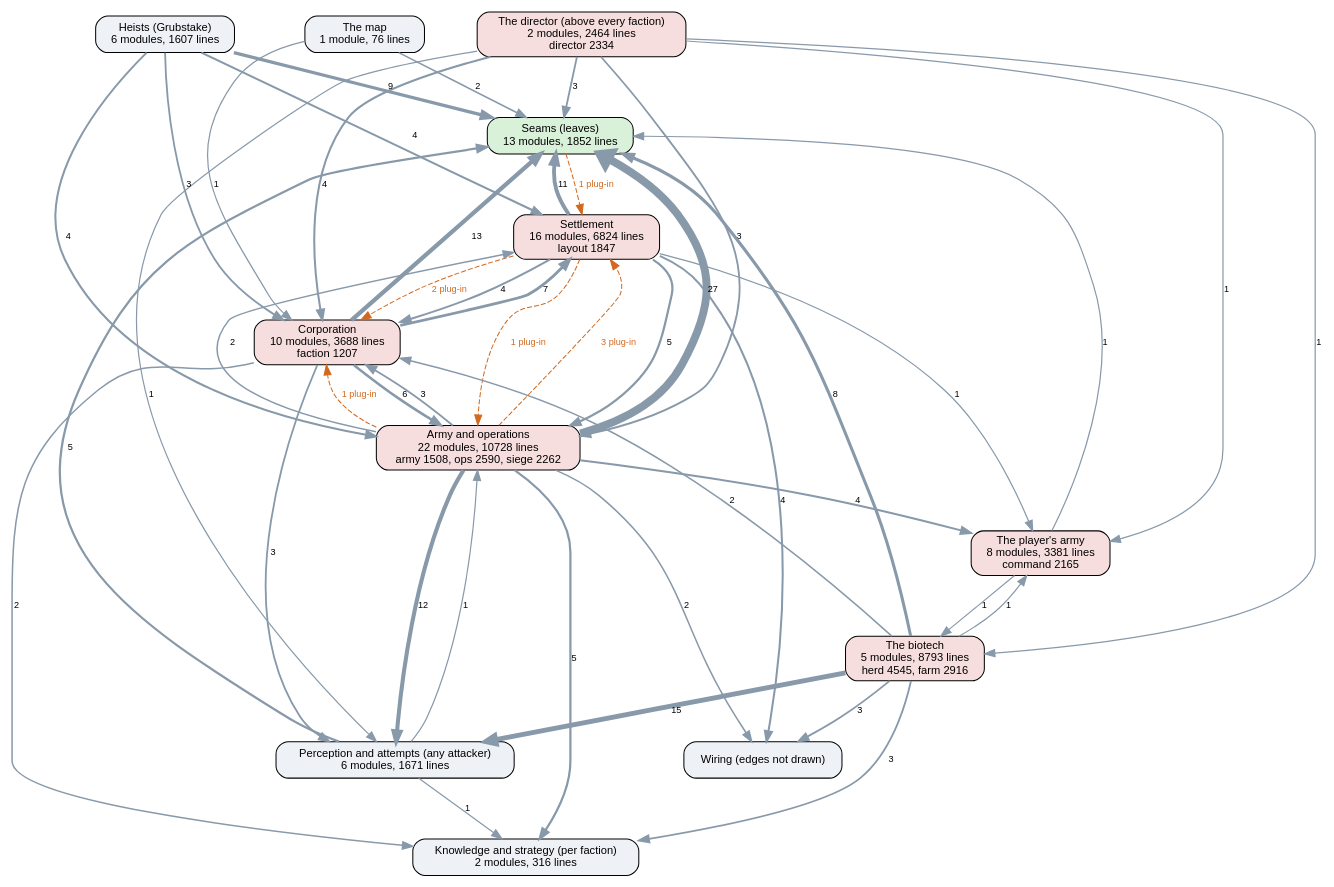
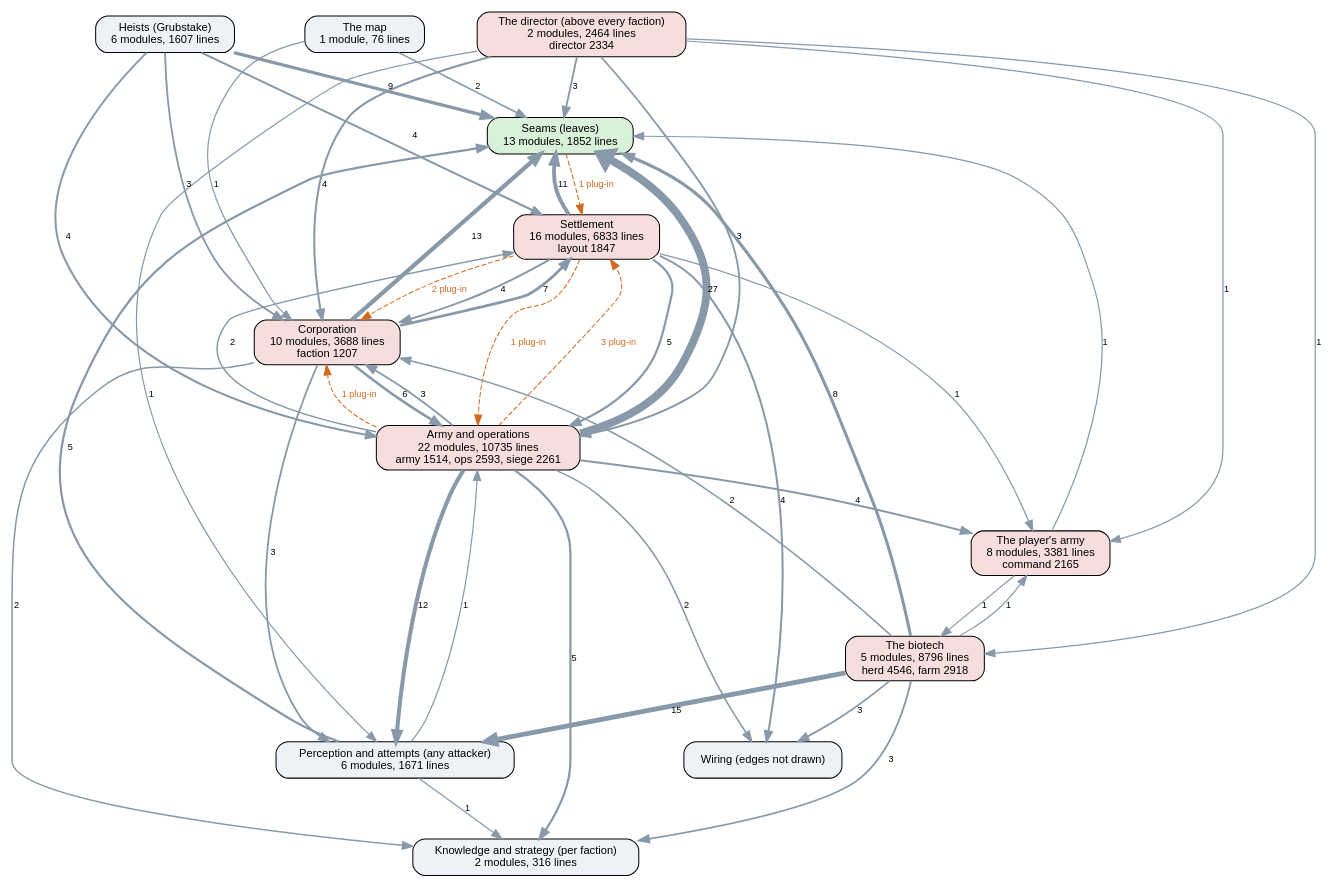
The diagram in docs/ai-layers.dot (kinelhu/landing-party), drawn with Graphviz before and after one commit. The commit also changed 21 other files, not shown here.

```diff
--- a/docs/ai-layers.dot
+++ b/docs/ai-layers.dot
@@ -1,61 +1,61 @@
 digraph layers {
   graph [rankdir=TB, fontname="Helvetica", nodesep=0.5, ranksep=0.7];
   node [shape=box, style="rounded,filled", fontname="Helvetica", fontsize=11, fillcolor="#eef2f7"];
   edge [color="#8899aa", fontname="Helvetica", fontsize=9];
   "Seams (leaves)" [label="Seams (leaves)\n13 modules, 1852 lines", fillcolor="#d9f0d9"];
   "Perception and attempts (any attacker)" [label="Perception and attempts (any attacker)\n6 modules, 1671 lines", fillcolor="#eef2f7"];
   "Knowledge and strategy (per faction)" [label="Knowledge and strategy (per faction)\n2 modules, 316 lines", fillcolor="#eef2f7"];
   "The director (above every faction)" [label="The director (above every faction)\n2 modules, 2464 lines\ndirector 2334", fillcolor="#f7dede"];
   "Corporation" [label="Corporation\n10 modules, 3688 lines\nfaction 1207", fillcolor="#f7dede"];
-  "Settlement" [label="Settlement\n16 modules, 6824 lines\nlayout 1847", fillcolor="#f7dede"];
-  "Army and operations" [label="Army and operations\n22 modules, 10728 lines\narmy 1508, ops 2590, siege 2262", fillcolor="#f7dede"];
+  "Settlement" [label="Settlement\n16 modules, 6833 lines\nlayout 1847", fillcolor="#f7dede"];
+  "Army and operations" [label="Army and operations\n22 modules, 10735 lines\narmy 1514, ops 2593, siege 2261", fillcolor="#f7dede"];
   "Heists (Grubstake)" [label="Heists (Grubstake)\n6 modules, 1607 lines", fillcolor="#eef2f7"];
-  "The biotech" [label="The biotech\n5 modules, 8793 lines\nherd 4545, farm 2916", fillcolor="#f7dede"];
+  "The biotech" [label="The biotech\n5 modules, 8796 lines\nherd 4546, farm 2918", fillcolor="#f7dede"];
   "The map" [label="The map\n1 module, 76 lines", fillcolor="#eef2f7"];
   "The player's army" [label="The player's army\n8 modules, 3381 lines\ncommand 2165", fillcolor="#f7dede"];
   "Army and operations" -> "Corporation" [label="3", penwidth=1.8];
   "Army and operations" -> "Knowledge and strategy (per faction)" [label="5", penwidth=2.2];
   "Army and operations" -> "Perception and attempts (any attacker)" [label="12", penwidth=4.0];
   "Army and operations" -> "Seams (leaves)" [label="27", penwidth=7.8];
   "Army and operations" -> "Settlement" [label="2", penwidth=1.5];
   "Army and operations" -> "The player's army" [label="4", penwidth=2.0];
   "Army and operations" -> "Wiring (edges not drawn)" [label="2", penwidth=1.5];
   "Corporation" -> "Army and operations" [label="6", penwidth=2.5];
   "Corporation" -> "Knowledge and strategy (per faction)" [label="2", penwidth=1.5];
   "Corporation" -> "Perception and attempts (any attacker)" [label="3", penwidth=1.8];
   "Corporation" -> "Seams (leaves)" [label="13", penwidth=4.2];
   "Corporation" -> "Settlement" [label="7", penwidth=2.8];
   "Heists (Grubstake)" -> "Army and operations" [label="4", penwidth=2.0];
   "Heists (Grubstake)" -> "Corporation" [label="3", penwidth=1.8];
   "Heists (Grubstake)" -> "Seams (leaves)" [label="9", penwidth=3.2];
   "Heists (Grubstake)" -> "Settlement" [label="4", penwidth=2.0];
   "Perception and attempts (any attacker)" -> "Army and operations" [label="1", penwidth=1.2];
   "Perception and attempts (any attacker)" -> "Knowledge and strategy (per faction)" [label="1", penwidth=1.2];
   "Perception and attempts (any attacker)" -> "Seams (leaves)" [label="5", penwidth=2.2];
   "Settlement" -> "Army and operations" [label="5", penwidth=2.2];
   "Settlement" -> "Corporation" [label="4", penwidth=2.0];
   "Settlement" -> "Seams (leaves)" [label="11", penwidth=3.8];
   "Settlement" -> "The player's army" [label="1", penwidth=1.2];
   "Settlement" -> "Wiring (edges not drawn)" [label="4", penwidth=2.0];
   "The biotech" -> "Corporation" [label="2", penwidth=1.5];
   "The biotech" -> "Knowledge and strategy (per faction)" [label="3", penwidth=1.8];
   "The biotech" -> "Perception and attempts (any attacker)" [label="15", penwidth=4.8];
   "The biotech" -> "Seams (leaves)" [label="8", penwidth=3.0];
   "The biotech" -> "The player's army" [label="1", penwidth=1.2];
   "The biotech" -> "Wiring (edges not drawn)" [label="3", penwidth=1.8];
   "The director (above every faction)" -> "Army and operations" [label="3", penwidth=1.8];
   "The director (above every faction)" -> "Corporation" [label="4", penwidth=2.0];
   "The director (above every faction)" -> "Perception and attempts (any attacker)" [label="1", penwidth=1.2];
   "The director (above every faction)" -> "Seams (leaves)" [label="3", penwidth=1.8];
   "The director (above every faction)" -> "The biotech" [label="1", penwidth=1.2];
   "The director (above every faction)" -> "The player's army" [label="1", penwidth=1.2];
   "The map" -> "Corporation" [label="1", penwidth=1.2];
   "The map" -> "Seams (leaves)" [label="2", penwidth=1.5];
   "The player's army" -> "Seams (leaves)" [label="1", penwidth=1.2];
   "The player's army" -> "The biotech" [label="1", penwidth=1.2];
   "Army and operations" -> "Corporation" [style=dashed, color="#d2691e", fontcolor="#d2691e", label="1 plug-in"];
   "Army and operations" -> "Settlement" [style=dashed, color="#d2691e", fontcolor="#d2691e", label="3 plug-in"];
   "Seams (leaves)" -> "Settlement" [style=dashed, color="#d2691e", fontcolor="#d2691e", label="1 plug-in"];
   "Settlement" -> "Army and operations" [style=dashed, color="#d2691e", fontcolor="#d2691e", label="1 plug-in"];
   "Settlement" -> "Corporation" [style=dashed, color="#d2691e", fontcolor="#d2691e", label="2 plug-in"];
 }
```
